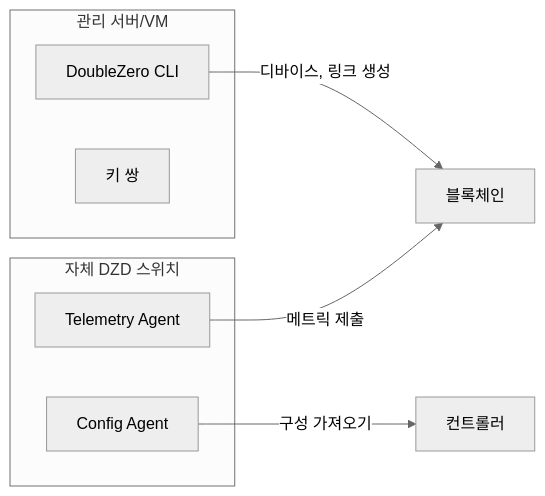
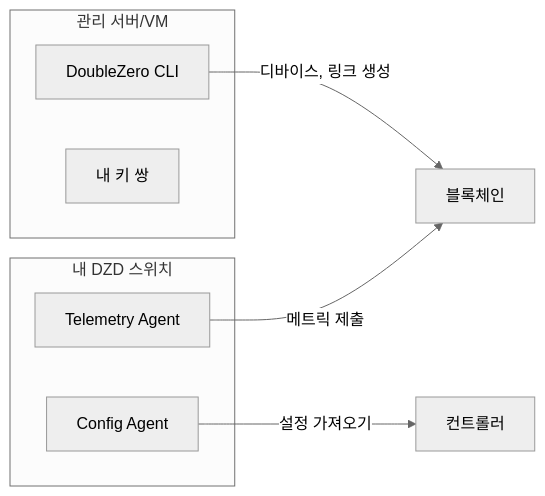
The third of 7 diagrams in docs/contribute-provisioning.ko.md (malbeclabs/docs), drawn with Mermaid (neutral theme) before and after one commit. The commit also changed other lines of this file and 27 other files, not shown here.

````diff
--- a/docs/contribute-provisioning.ko.md
+++ b/docs/contribute-provisioning.ko.md
@@ -175,16 +175,16 @@
     ```mermaid
     flowchart LR
         subgraph "관리 서버/VM"
             CLI[DoubleZero CLI]
-            KEYS[키 쌍]
+            KEYS[내 키 쌍]
         end
 
-        subgraph "자체 DZD 스위치"
+        subgraph "내 DZD 스위치"
             CA[Config Agent]
             TA[Telemetry Agent]
         end
 
         CLI -->|디바이스, 링크 생성| BC[블록체인]
-        CA -->|구성 가져오기| CTRL[컨트롤러]
+        CA -->|설정 가져오기| CTRL[컨트롤러]
         TA -->|메트릭 제출| BC
     ```
````
